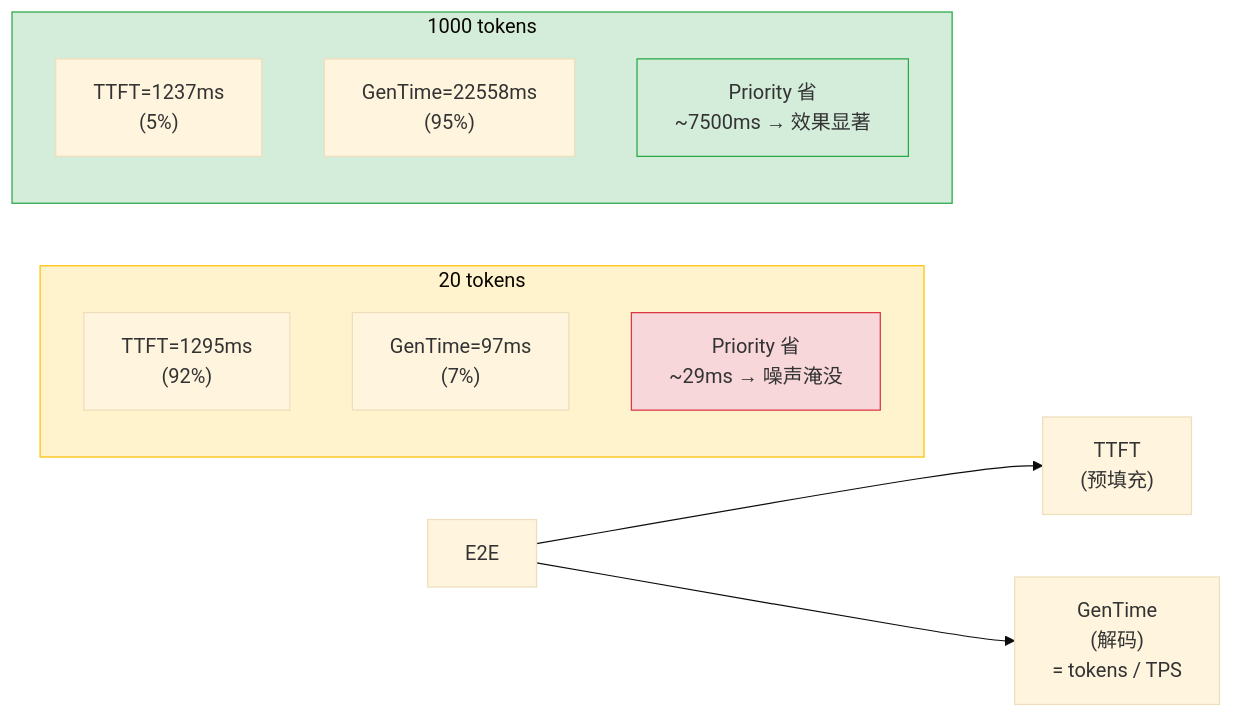
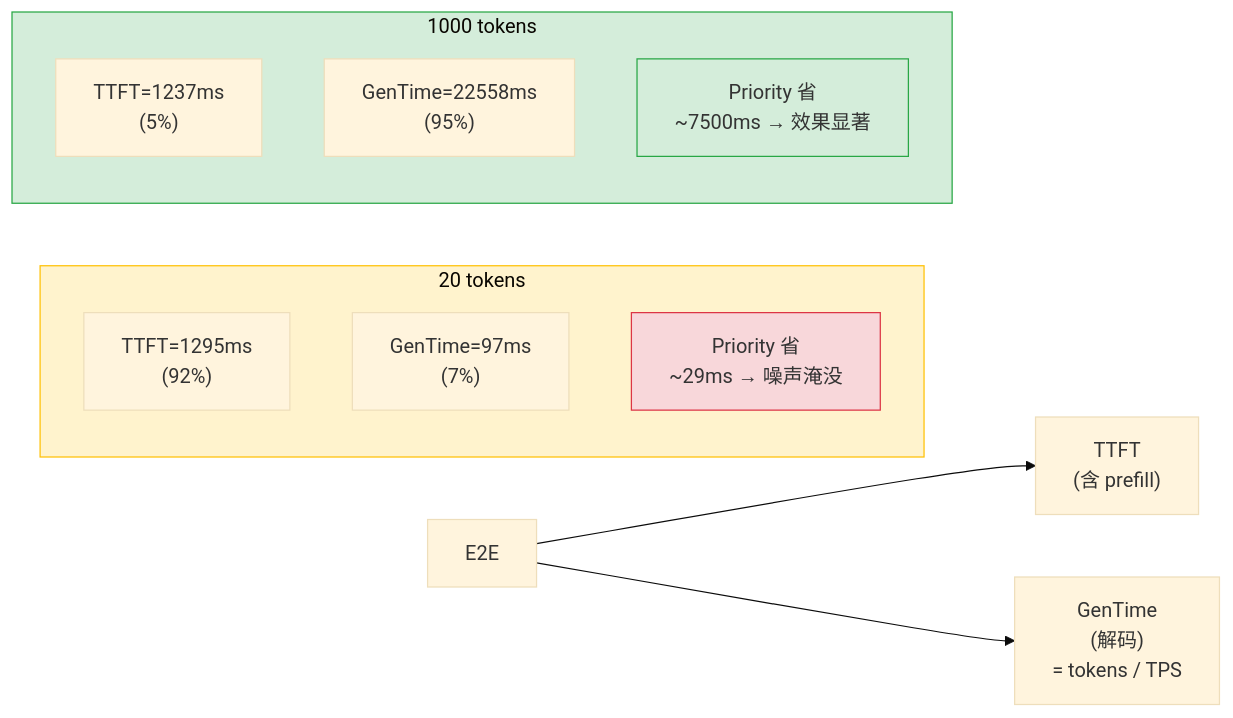
Before and after one commit to david-xinyuwei/david-share: the first of 3 diagrams in Agents/AOAI-Priority-Processing-Benchmark/README-CN.md, drawn with Mermaid (base theme). The commit also changed other lines of this file and 1 other file, not shown here.

Commit message:
Fix: TTFT (prefill) → TTFT (incl. prefill) — TTFT includes network+scheduling+prefill, not just prefill

````diff
--- a/Agents/AOAI-Priority-Processing-Benchmark/README-CN.md
+++ b/Agents/AOAI-Priority-Processing-Benchmark/README-CN.md
@@ -21,22 +21,22 @@
 ```mermaid
 flowchart LR
-    E2E["E2E"] --> TTFT["TTFT<br/>(预填充)"]
+    E2E["E2E"] --> TTFT["TTFT<br/>(含 prefill)"]
     E2E --> GenTime["GenTime<br/>(解码)<br/>= tokens / TPS"]
     
     subgraph S20["20 tokens"]
         T20["TTFT=1295ms<br/>(92%)"]
         G20["GenTime=97ms<br/>(7%)"]
         R20["Priority 省<br/>~29ms → 噪声淹没"]
     end
     
     subgraph S1000["1000 tokens"]
         T1000["TTFT=1237ms<br/>(5%)"]
         G1000["GenTime=22558ms<br/>(95%)"]
         R1000["Priority 省<br/>~7500ms → 效果显著"]
     end
     
     style S20 fill:#fff3cd,stroke:#ffc107
     style S1000 fill:#d4edda,stroke:#28a745
     style R20 fill:#f8d7da,stroke:#dc3545
     style R1000 fill:#d4edda,stroke:#28a745
 ```
````
